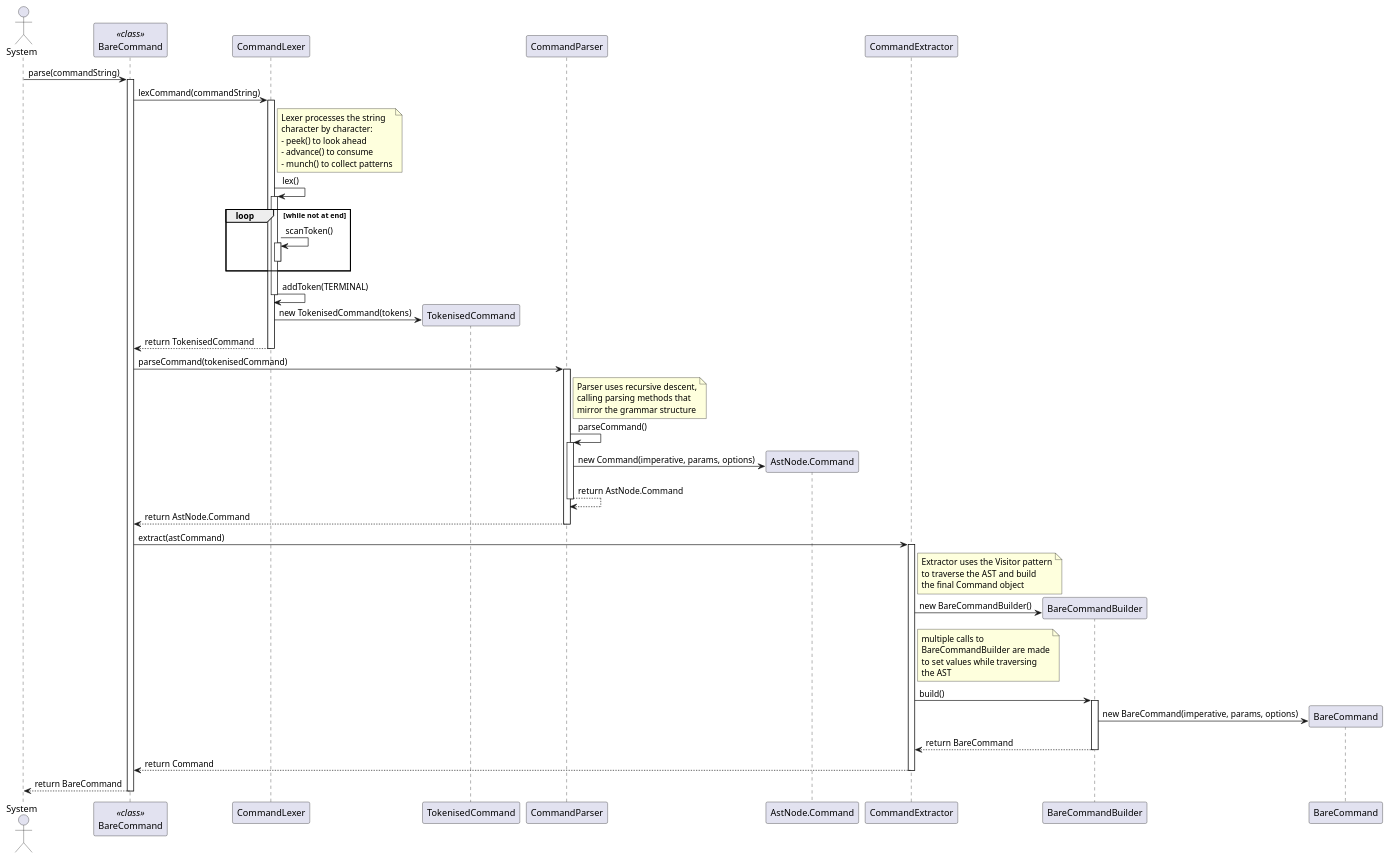
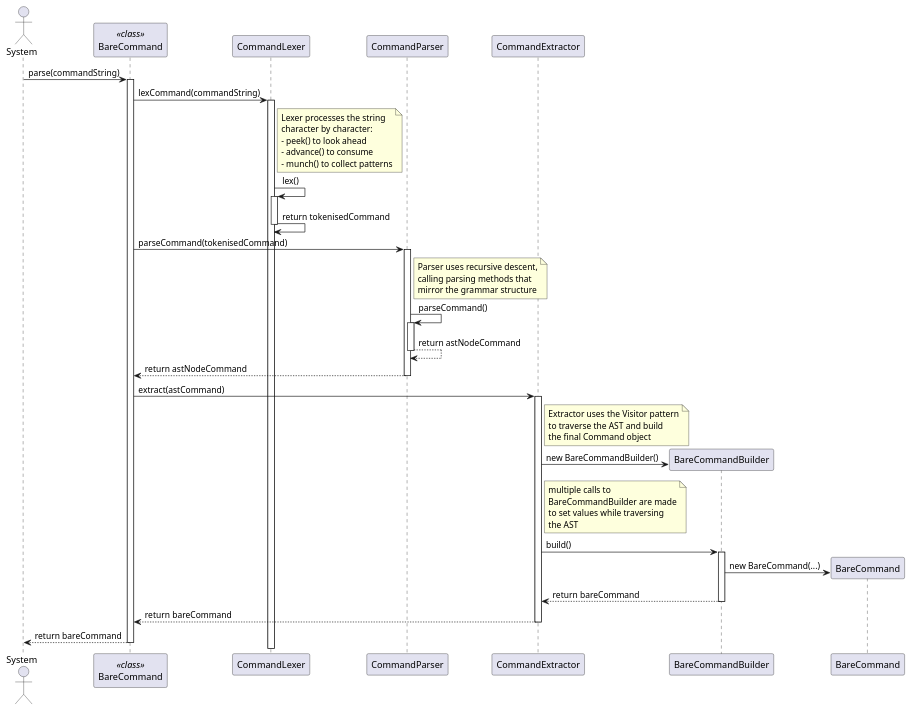
One commit to Xateh/tp changed the diagram in docs/diagrams/assembly/RecognitionSequence.puml. Above: the diagram before and after it, drawn with PlantUML. The commit also changed 1 other file, not shown here.

Commit message:
Simplify command assembly sequence diagrams

```diff
--- a/docs/diagrams/assembly/RecognitionSequence.puml
+++ b/docs/diagrams/assembly/RecognitionSequence.puml
@@ -1,102 +1,82 @@
 @startuml
 actor System
 participant "BareCommand" as Cmd <<class>>
 participant "CommandLexer" as Lexer
-participant "TokenisedCommand" as TokCmd
 participant "CommandParser" as Parser
-participant "AstNode.Command" as AST
 participant "CommandExtractor" as Extractor
 participant "BareCommandBuilder" as Builder
 
 System -> Cmd: parse(commandString)
 activate Cmd
 
 ' Lexing Phase
 Cmd -> Lexer: lexCommand(commandString)
 activate Lexer
 
 note right of Lexer
   Lexer processes the string
   character by character:
   - peek() to look ahead
   - advance() to consume
   - munch() to collect patterns
 end note
 
 Lexer -> Lexer: lex()
 activate Lexer
 
-loop while not at end
-    Lexer -> Lexer: scanToken()
-
-    activate Lexer
-
-    deactivate Lexer
-end
-
-Lexer -> Lexer: addToken(TERMINAL)
-deactivate Lexer
-
-create TokCmd
-Lexer -> TokCmd: new TokenisedCommand(tokens)
-Lexer --> Cmd: return TokenisedCommand
+Lexer -> Lexer: return tokenisedCommand
 deactivate Lexer
 
 ' Parsing Phase
 Cmd -> Parser: parseCommand(tokenisedCommand)
 activate Parser
 
 note right of Parser
   Parser uses recursive descent,
   calling parsing methods that
   mirror the grammar structure
 end note
 
 Parser -> Parser: parseCommand()
 activate Parser
 
-create AST
-Parser -> AST: new Command(imperative, params, options)
-
-Parser --> Parser: return AstNode.Command
+Parser --> Parser: return astNodeCommand
 deactivate Parser
 
-Parser --> Cmd: return AstNode.Command
+Parser --> Cmd: return astNodeCommand
 deactivate Parser
 
 ' Extraction Phase
 Cmd -> Extractor: extract(astCommand)
 activate Extractor
 
 note right of Extractor
   Extractor uses the Visitor pattern
   to traverse the AST and build
   the final Command object
 end note
 
 create Builder
 Extractor -> Builder: new BareCommandBuilder()
 
 note right of Extractor
     multiple calls to
     BareCommandBuilder are made
     to set values while traversing
     the AST
 end note
 
-deactivate AST
-
 Extractor -> Builder: build()
 activate Builder
 create "BareCommand" as Result
-Builder -> Result: new BareCommand(imperative, params, options)
-Builder --> Extractor: return BareCommand
+Builder -> Result: new BareCommand(...)
+Builder --> Extractor: return bareCommand
 deactivate Builder
 
-Extractor --> Cmd: return Command
+Extractor --> Cmd: return bareCommand
 deactivate Extractor
 
-Cmd --> System: return BareCommand
+Cmd --> System: return bareCommand
 deactivate Cmd
 
 @enduml
```
